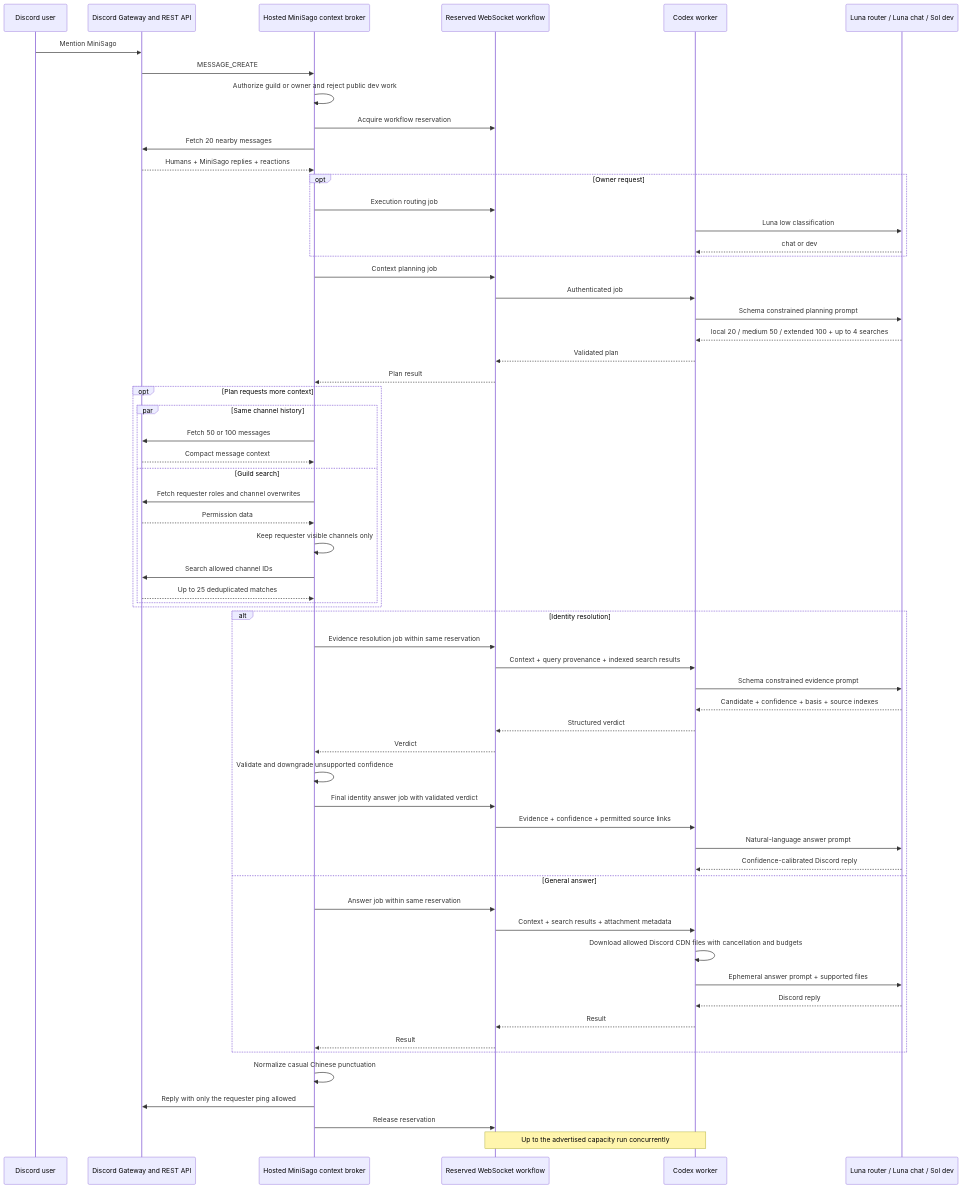
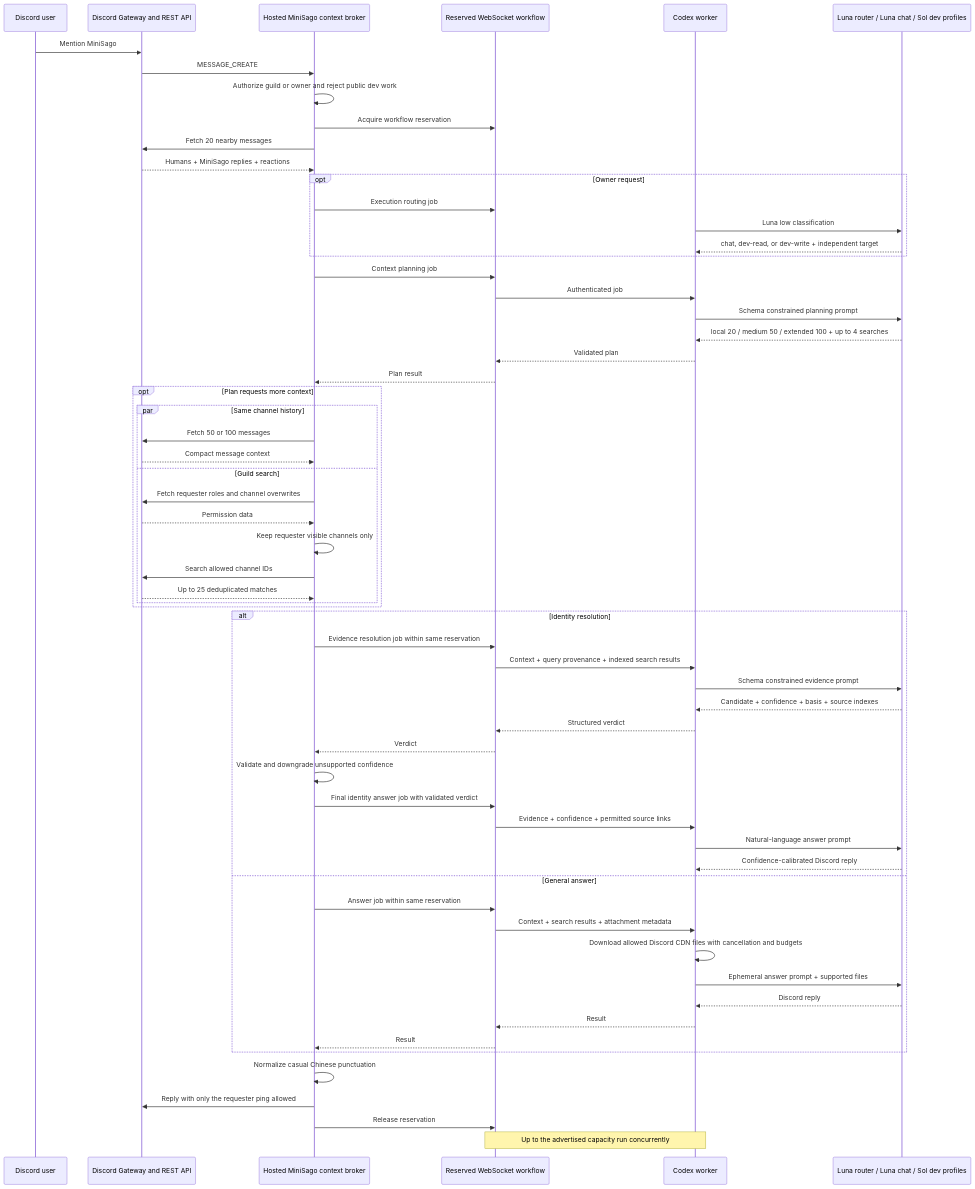
The diagram in docs/operations.md (Hsiii/mini-sago), drawn with Mermaid before and after one commit. The commit also changed other lines of this file and 22 other files, not shown here.

Commit message:
feat(security): enforce Sol capability profiles

````diff
--- a/docs/operations.md
+++ b/docs/operations.md
@@ -101,67 +101,67 @@
 ```mermaid
 sequenceDiagram
     participant U as Discord user
     participant D as Discord Gateway and REST API
     participant H as Hosted MiniSago context broker
     participant W as Reserved WebSocket workflow
     participant M as Codex worker
-    participant C as Luna router / Luna chat / Sol dev
+    participant C as Luna router / Luna chat / Sol dev profiles
 
     U->>D: Mention MiniSago
     D->>H: MESSAGE_CREATE
     H->>H: Authorize guild or owner and reject public dev work
     H->>W: Acquire workflow reservation
     H->>D: Fetch 20 nearby messages
     D-->>H: Humans + MiniSago replies + reactions
     opt Owner request
         H->>W: Execution routing job
         M->>C: Luna low classification
-        C-->>M: chat or dev
+        C-->>M: chat, dev-read, or dev-write + independent target
     end
     H->>W: Context planning job
     W->>M: Authenticated job
     M->>C: Schema constrained planning prompt
     C-->>M: local 20 / medium 50 / extended 100 + up to 4 searches
     M-->>W: Validated plan
     W-->>H: Plan result
 
     opt Plan requests more context
         par Same channel history
             H->>D: Fetch 50 or 100 messages
             D-->>H: Compact message context
         and Guild search
             H->>D: Fetch requester roles and channel overwrites
             D-->>H: Permission data
             H->>H: Keep requester visible channels only
             H->>D: Search allowed channel IDs
             D-->>H: Up to 25 deduplicated matches
         end
     end
 
     alt Identity resolution
         H->>W: Evidence resolution job within same reservation
         W->>M: Context + query provenance + indexed search results
         M->>C: Schema constrained evidence prompt
         C-->>M: Candidate + confidence + basis + source indexes
         M-->>W: Structured verdict
         W-->>H: Verdict
         H->>H: Validate and downgrade unsupported confidence
         H->>W: Final identity answer job with validated verdict
         W->>M: Evidence + confidence + permitted source links
         M->>C: Natural-language answer prompt
         C-->>M: Confidence-calibrated Discord reply
     else General answer
         H->>W: Answer job within same reservation
         W->>M: Context + search results + attachment metadata
         M->>M: Download allowed Discord CDN files with cancellation and budgets
         M->>C: Ephemeral answer prompt + supported files
         C-->>M: Discord reply
         M-->>W: Result
         W-->>H: Result
     end
     H->>H: Normalize casual Chinese punctuation
     H->>D: Reply with only the requester ping allowed
     H->>W: Release reservation
 
     Note over W,M: Up to the advertised capacity run concurrently
 ```
````
